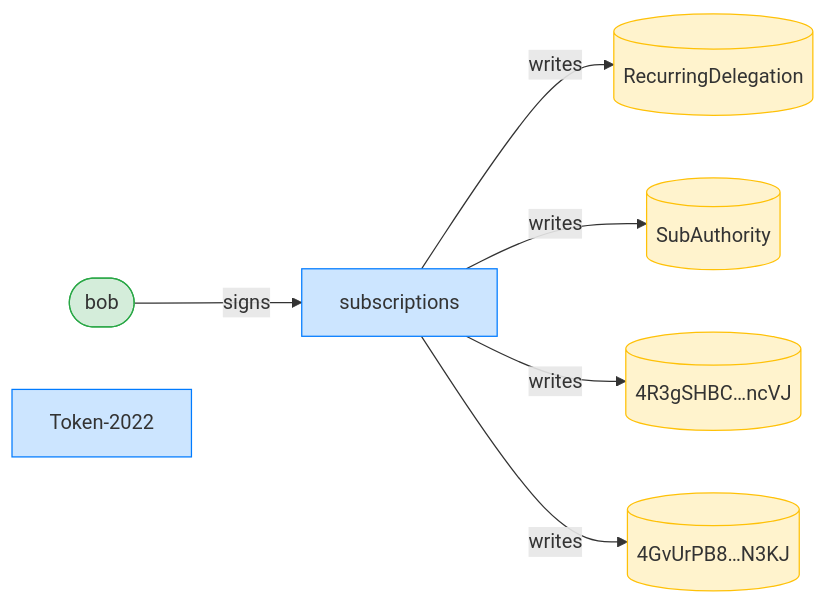
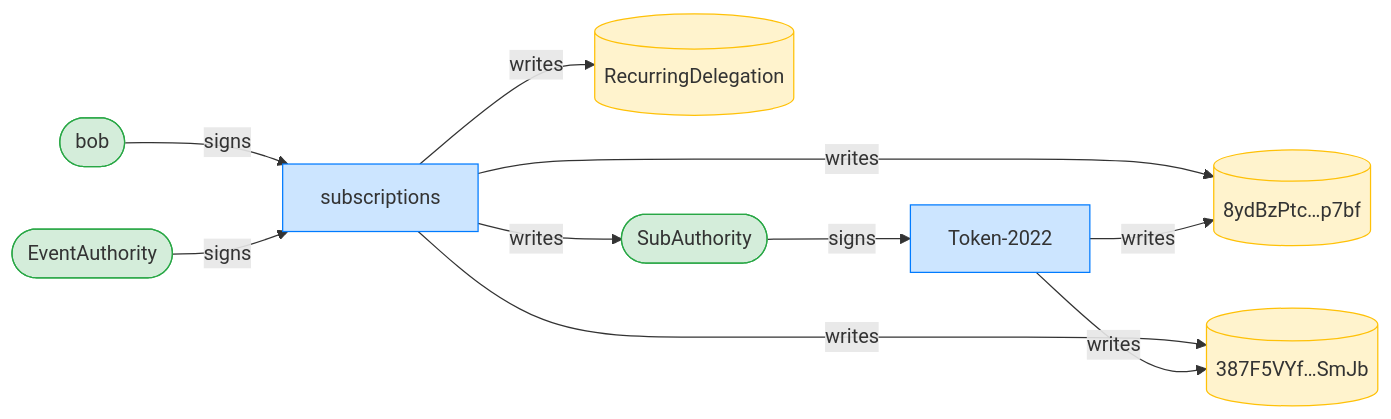
Diagram 11 of 12 in dsl_tests/recurring-transfer-over-a-token-2022-transfer-fee-mint.md (cds-rs/subscriptions), drawn with Mermaid before and after one commit. The commit also changed other lines of this file and 224 other files, not shown here.

````diff
--- a/dsl_tests/recurring-transfer-over-a-token-2022-transfer-fee-mint.md
+++ b/dsl_tests/recurring-transfer-over-a-token-2022-transfer-fee-mint.md
@@ -214,18 +223,23 @@
 ```mermaid
 flowchart LR
     classDef signer fill:#d4edda,stroke:#28a745;
     classDef program fill:#cce5ff,stroke:#007bff;
     classDef writable fill:#fff3cd,stroke:#ffc107;
     subscriptions[subscriptions]:::program
     RecurringDelegation[(RecurringDelegation)]:::writable
-    SubAuthority[(SubAuthority)]:::writable
-    4R3gSHBC_ncVJ[("4R3gSHBC…ncVJ")]:::writable
-    4GvUrPB8_N3KJ[("4GvUrPB8…N3KJ")]:::writable
+    SubAuthority([SubAuthority]):::signer
+    8ydBzPtc_p7bf[("8ydBzPtc…p7bf")]:::writable
+    387F5VYf_SmJb[("387F5VYf…SmJb")]:::writable
     bob([bob]):::signer
     Token_2022["Token-2022"]:::program
+    EventAuthority([EventAuthority]):::signer
     bob -->|signs| subscriptions
+    SubAuthority -->|signs| Token_2022
+    EventAuthority -->|signs| subscriptions
     subscriptions -->|writes| RecurringDelegation
     subscriptions -->|writes| SubAuthority
-    subscriptions -->|writes| 4R3gSHBC_ncVJ
-    subscriptions -->|writes| 4GvUrPB8_N3KJ
+    subscriptions -->|writes| 8ydBzPtc_p7bf
+    subscriptions -->|writes| 387F5VYf_SmJb
+    Token_2022 -->|writes| 8ydBzPtc_p7bf
+    Token_2022 -->|writes| 387F5VYf_SmJb
 ```
````
